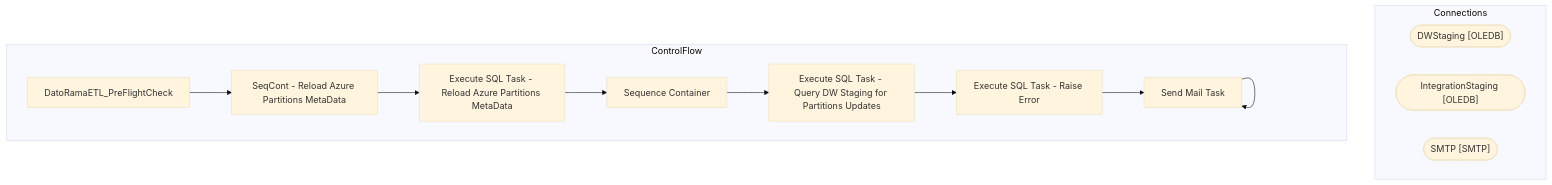
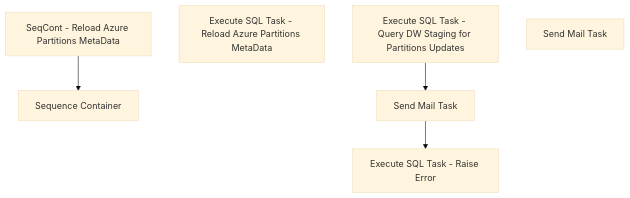
One commit to juanandresbrain/BABSkills changed the diagram in bab-docs-explorer/Documentation/STL-SSIS-P-01/SSIS/CRM/DatoRamaETL_PreFlightCheck.DatoRamaETL_PreFlightCheck.md. Above: the diagram before and after it, drawn with Mermaid (base theme). The commit also changed other lines of this file and 273 other files, not shown here.

````diff
--- a/bab-docs-explorer/Documentation/STL-SSIS-P-01/SSIS/CRM/DatoRamaETL_PreFlightCheck.DatoRamaETL_PreFlightCheck.md
+++ b/bab-docs-explorer/Documentation/STL-SSIS-P-01/SSIS/CRM/DatoRamaETL_PreFlightCheck.DatoRamaETL_PreFlightCheck.md
@@ -9,25 +42,13 @@
 ```mermaid
 flowchart TD
-    subgraph Connections
-        DWStaging_conn(["DWStaging [OLEDB]"])
-        IntegrationStaging_conn(["IntegrationStaging [OLEDB]"])
-        SMTP_conn(["SMTP [SMTP]"])
-    end
-    subgraph ControlFlow
-        DatoRamaETL_PreFlightCheck_task["DatoRamaETL_PreFlightCheck"]
-        SeqCont___Reload_Azure_Partitions_MetaData_task["SeqCont - Reload Azure Partitions MetaData"]
-        DatoRamaETL_PreFlightCheck_task --> SeqCont___Reload_Azure_Partitions_MetaData_task
-        Execute_SQL_Task___Reload_Azure_Partitions_MetaData_task["Execute SQL Task - Reload Azure Partitions MetaData"]
-        SeqCont___Reload_Azure_Partitions_MetaData_task --> Execute_SQL_Task___Reload_Azure_Partitions_MetaData_task
-        Sequence_Container_task["Sequence Container"]
-        Execute_SQL_Task___Reload_Azure_Partitions_MetaData_task --> Sequence_Container_task
-        Execute_SQL_Task___Query_DW_Staging_for_Partitions_Updates_task["Execute SQL Task - Query DW Staging for Partitions Updates"]
-        Sequence_Container_task --> Execute_SQL_Task___Query_DW_Staging_for_Partitions_Updates_task
-        Execute_SQL_Task___Raise_Error_task["Execute SQL Task - Raise Error"]
-        Execute_SQL_Task___Query_DW_Staging_for_Partitions_Updates_task --> Execute_SQL_Task___Raise_Error_task
-        Send_Mail_Task_task["Send Mail Task"]
-        Execute_SQL_Task___Raise_Error_task --> Send_Mail_Task_task
-        Send_Mail_Task_task["Send Mail Task"]
-        Send_Mail_Task_task --> Send_Mail_Task_task
-    end
+    n_Package_SeqCont___Reload_Azure_Partitions_MetaData["SeqCont - Reload Azure Partitions MetaData"]
+    n_Package_SeqCont___Reload_Azure_Partitions_MetaData_Execute_SQL_Task___Reload_Azure_Partitions_MetaData["Execute SQL Task - Reload Azure Partitions MetaData"]
+    n_Package_Sequence_Container["Sequence Container"]
+    n_Package_Sequence_Container_Execute_SQL_Task___Query_DW_Staging_for_Partitions_Updates["Execute SQL Task - Query DW Staging for Partitions Updates"]
+    n_Package_Sequence_Container_Execute_SQL_Task___Raise_Error["Execute SQL Task - Raise Error"]
+    n_Package_Sequence_Container_Send_Mail_Task["Send Mail Task"]
+    n_Package_EventHandlers_OnError__Send_Mail_Task["Send Mail Task"]
+    n_Package_Sequence_Container_Execute_SQL_Task___Query_DW_Staging_for_Partitions_Updates --> n_Package_Sequence_Container_Send_Mail_Task
+    n_Package_Sequence_Container_Send_Mail_Task --> n_Package_Sequence_Container_Execute_SQL_Task___Raise_Error
+    n_Package_SeqCont___Reload_Azure_Partitions_MetaData --> n_Package_Sequence_Container
 ```
````
